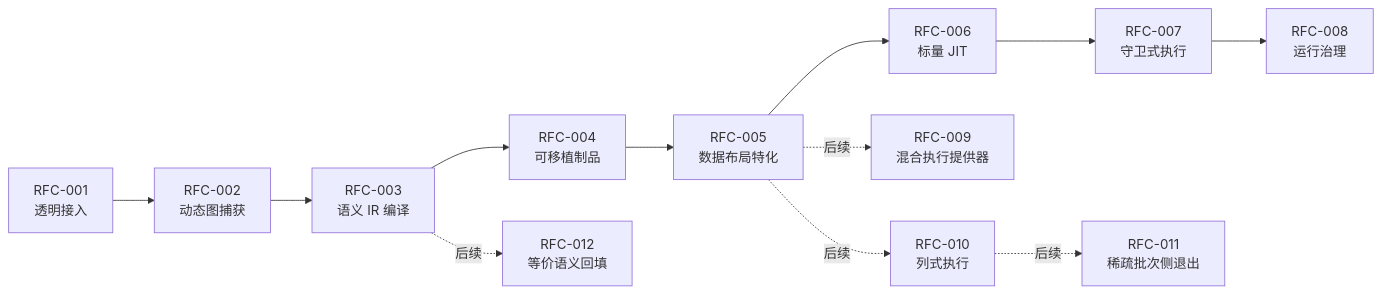
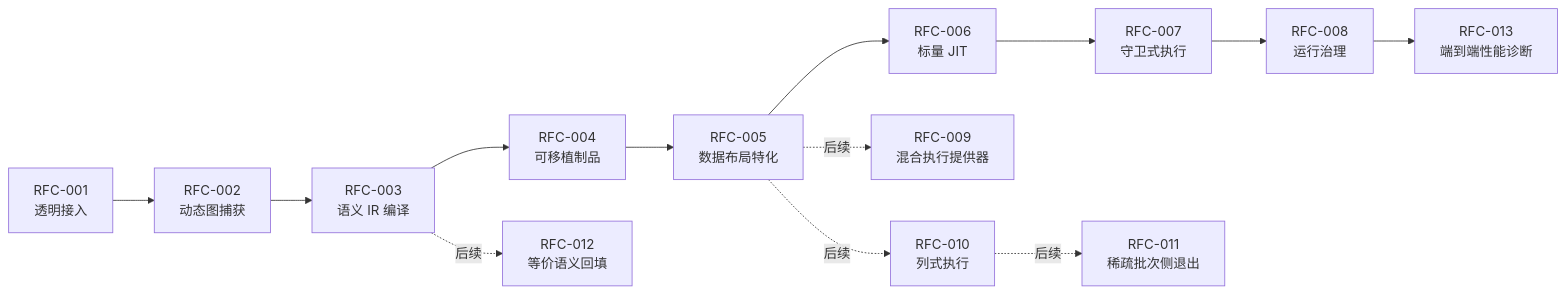
The diagram in docs/rfcs/README.md (213start/python-udf-jit), drawn with Mermaid before and after one commit. The commit also changed other lines of this file and 1 other file, not shown here.

Commit message:
docs(rfc): define end-to-end performance diagnostics

````diff
--- a/docs/rfcs/README.md
+++ b/docs/rfcs/README.md
@@ -45,15 +46,16 @@
 ```mermaid
 flowchart LR
     R1["RFC-001<br/>透明接入"] --> R2["RFC-002<br/>动态图捕获"]
     R2 --> R3["RFC-003<br/>语义 IR 编译"]
     R3 --> R4["RFC-004<br/>可移植制品"]
     R4 --> R5["RFC-005<br/>数据布局特化"]
     R5 --> R6["RFC-006<br/>标量 JIT"]
     R6 --> R7["RFC-007<br/>守卫式执行"]
     R7 --> R8["RFC-008<br/>运行治理"]
+    R8 --> R13["RFC-013<br/>端到端性能诊断"]
 
     R3 -. "后续" .-> R12["RFC-012<br/>等价语义回填"]
     R5 -. "后续" .-> R9["RFC-009<br/>混合执行提供器"]
     R5 -. "后续" .-> R10["RFC-010<br/>列式执行"]
     R10 -. "后续" .-> R11["RFC-011<br/>稀疏批次侧退出"]
 ```
````
